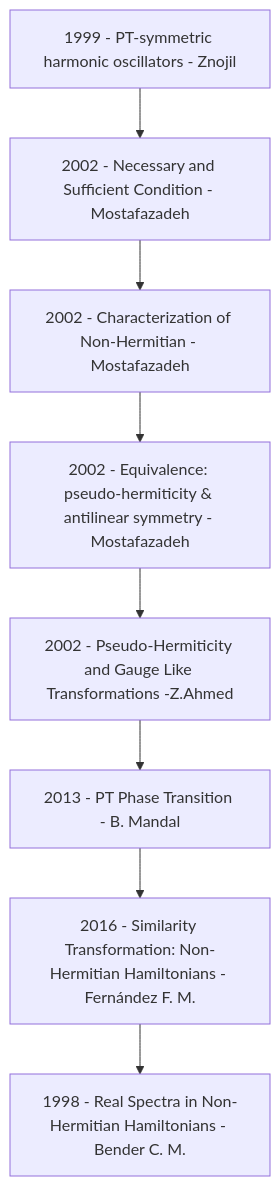
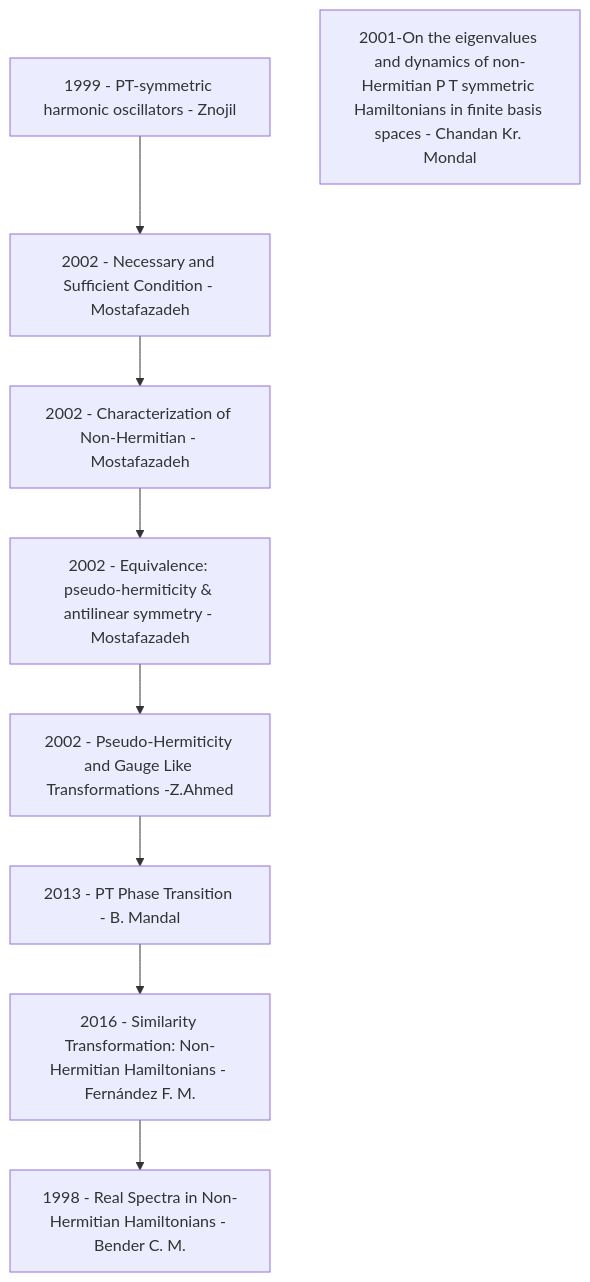
One commit to rajeshphy/research changed the diagram in _posts/2024-08-15-PT-Symmetry.markdown. Above: the diagram before and after it, drawn with Mermaid. The commit also changed 1 other file, not shown here.

```diff
--- a/_posts/2024-08-15-PT-Symmetry.markdown
+++ b/_posts/2024-08-15-PT-Symmetry.markdown
@@ -19,41 +19,46 @@
 <div class="mermaid">
 graph TD;
 
     A[1999 - PT-symmetric harmonic oscillators - Znojil]
     A1[2002 - Necessary and Sufficient Condition - Mostafazadeh]
     A2[2002 - Characterization of Non-Hermitian - Mostafazadeh]
     A3[2002 - Equivalence: pseudo-hermiticity & antilinear symmetry - Mostafazadeh]
     
     B[2002 - Pseudo-Hermiticity and Gauge Like Transformations -Z.Ahmed]
 
     C[2013 - PT Phase Transition - B. Mandal]
 
         
     D[2016 - Similarity Transformation: Non-Hermitian Hamiltonians - Fernández F. M.]
 
     E[1998 - Real Spectra in Non-Hermitian Hamiltonians - Bender C. M.]
+
+    E1[2001-On the eigenvalues and dynamics of non-Hermitian P T symmetric Hamiltonians in finite basis spaces - Chandan Kr. Mondal]
 
 
 
     A-->A1-->A2; A2-->A3; A3-->B;
     B-->C; C-->D; D-->E;
 
 
     click A "{{ site.PAPERS-ORG }}/PAPERS-ORG/PT-Symmetry/1999-znojil.pdf";
     click A1 "{{ site.PAPERS-ORG }}/PAPERS-ORG/PT-Symmetry/2002-Necessary-Sufficient-Condition-Mostafazadeh.pdf";
     click A2 "{{ site.PAPERS-ORG }}/PAPERS-ORG/PT-Symmetry/2002-Characterization-Non-Hermitian-Mostafazadeh.pdf";
     click A3 "{{ site.PAPERS-ORG }}/PAPERS-ORG/PT-Symmetry/2002-Equivalence-Pseudo-Hermiticity-Antilinear-Symmetries-Mostafazadeh.pdf";
 
     click B "{{ site.PAPERS-ORG }}/PAPERS-ORG/PT-Symmetry/2002-Pseudo-Hermiticity-Gauge-Like-Transformations-Ahmed.pdf";
 
     click C "{{ site.PAPERS-ORG }}/PAPERS-ORG/PT-Symmetry/2013-PT-Phase-Transition-Mandal.pdf";
 
     click D "{{ site.PAPERS-ORG }}/PAPERS-ORG/PT-Symmetry/2016-Similarity-Transformation-Fernandez.pdf";
 
     click E "{{ site.PAPERS-ORG }}/PAPERS-ORG/PT-Symmetry/bender1998.pdf";
 
+    click E1 "{{ site.PAPERS-ORG }}/PAPERS-ORG/PT-Symmetry/mondal2001.pdf";
+
+
 
 
 
 
 </div>
```
